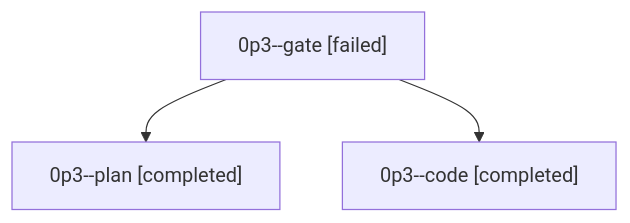
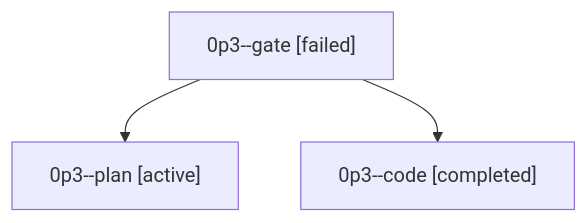
One commit to sase-org/sase--agents changed the diagram in families/bbugyi200.athena.0p3.md. Above: the diagram before and after it, drawn with Mermaid. The commit also changed other lines of this file and 35830 other files, not shown here.

````diff
--- a/families/bbugyi200.athena.0p3.md
+++ b/families/bbugyi200.athena.0p3.md
@@ -9,8 +9,8 @@
 ```mermaid
 flowchart TD
   n0["0p3--gate [failed]"]
-  n1["0p3--plan [completed]"]
+  n1["0p3--plan [active]"]
   n0 --> n1
   n2["0p3--code [completed]"]
   n0 --> n2
 ```
````
